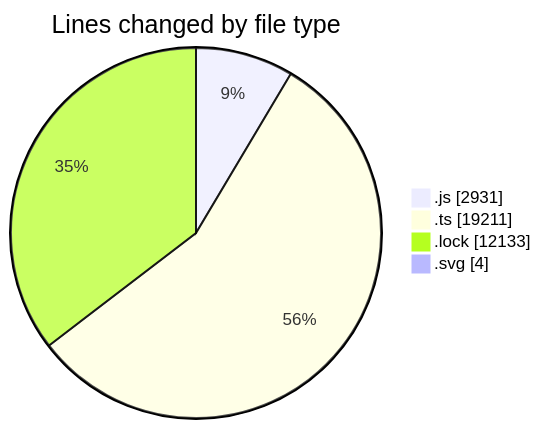
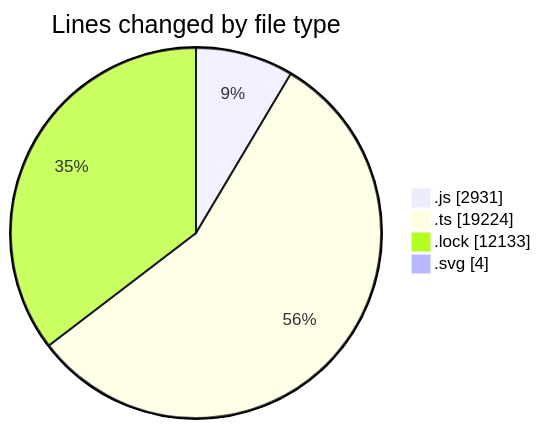
One commit to momahboobian/code-tracking changed the first of 2 diagrams in 2025-08-12/cda/README.md. Above: the diagram before and after it, drawn with Mermaid. The commit also changed other lines of this file and 1 other file, not shown here.

````diff
--- a/2025-08-12/cda/README.md
+++ b/2025-08-12/cda/README.md
@@ -42,8 +42,8 @@
 ```mermaid
 pie showData
 title Lines changed by file type
 ".js" : 2931
-".ts" : 19211
+".ts" : 19224
 ".lock" : 12133
 ".svg" : 4
 ```
````
